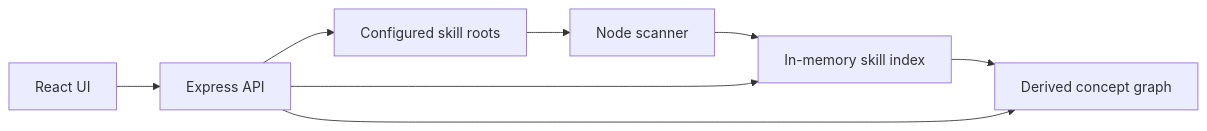
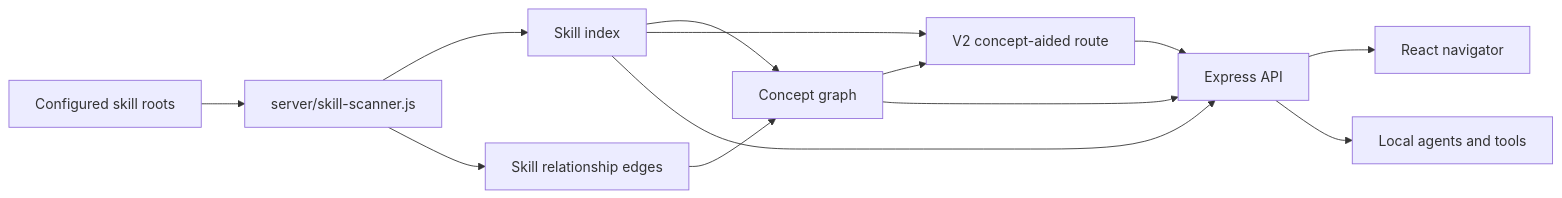
The diagram in docs/ARCHITECTURE.md (uatragada/skillweaver), drawn with Mermaid before and after one commit. The commit also changed other lines of this file and 10 other files, not shown here.

````diff
--- a/docs/ARCHITECTURE.md
+++ b/docs/ARCHITECTURE.md
@@ -5,10 +12,15 @@
 ```mermaid
 flowchart LR
-  Skills["Configured skill roots"] --> Scanner["Node scanner"]
-  Scanner --> Index["In-memory skill index"]
-  Index --> Concepts["Derived concept graph"]
-  UI["React UI"] --> API["Express API"]
-  API --> Index
-  API --> Concepts
-  API --> Skills
+  Roots["Configured skill roots"] --> Scanner["server/skill-scanner.js"]
+  Scanner --> Skills["Skill index"]
+  Scanner --> Edges["Skill relationship edges"]
+  Skills --> Concepts["Concept graph"]
+  Edges --> Concepts
+  Concepts --> Router["V2 concept-aided route"]
+  Skills --> Router
+  Router --> API["Express API"]
+  Skills --> API
+  Concepts --> API
+  API --> UI["React navigator"]
+  API --> Agents["Local agents and tools"]
 ```
````
